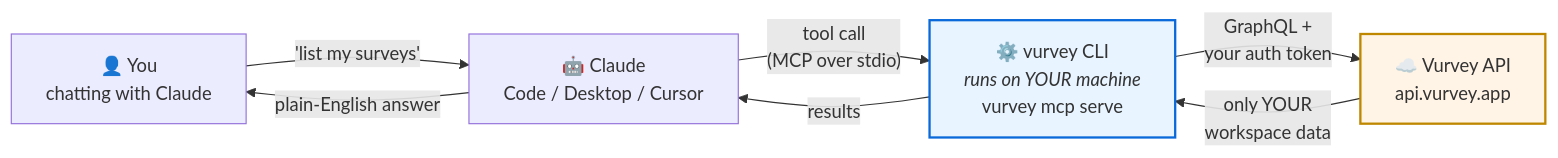
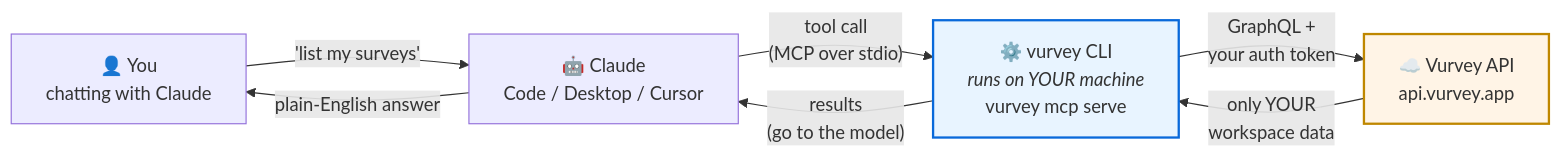
The first of 2 diagrams in README.md (Batterii/vurvey-claude-plugin), drawn with Mermaid before and after one commit. The commit also changed other lines of this file and 4 other files, not shown here.

````diff
--- a/README.md
+++ b/README.md
@@ -17,17 +21,17 @@
 ```mermaid
 flowchart LR
     You["👤 You<br/>chatting with Claude"]
     Claude["🤖 Claude<br/>Code / Desktop / Cursor"]
     CLI["⚙️ vurvey CLI<br/><i>runs on YOUR machine</i><br/>vurvey mcp serve"]
     API["☁️ Vurvey API<br/>api.vurvey.app"]
 
     You -->|"'list my surveys'"| Claude
     Claude -->|"tool call<br/>(MCP over stdio)"| CLI
     CLI -->|"GraphQL +<br/>your auth token"| API
     API -->|"only YOUR<br/>workspace data"| CLI
-    CLI -->|"results"| Claude
+    CLI -->|"results<br/>(go to the model)"| Claude
     Claude -->|"plain-English answer"| You
 
     style CLI fill:#e8f4ff,stroke:#0969da,stroke-width:2px
     style API fill:#fff4e6,stroke:#bf8700,stroke-width:2px
 ```
````
